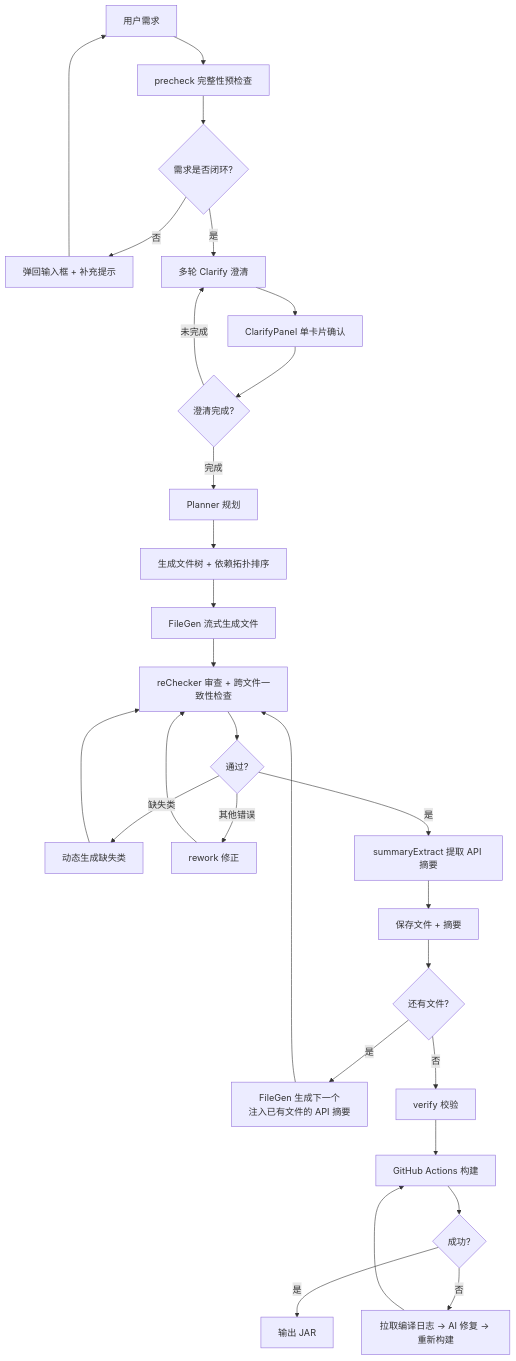
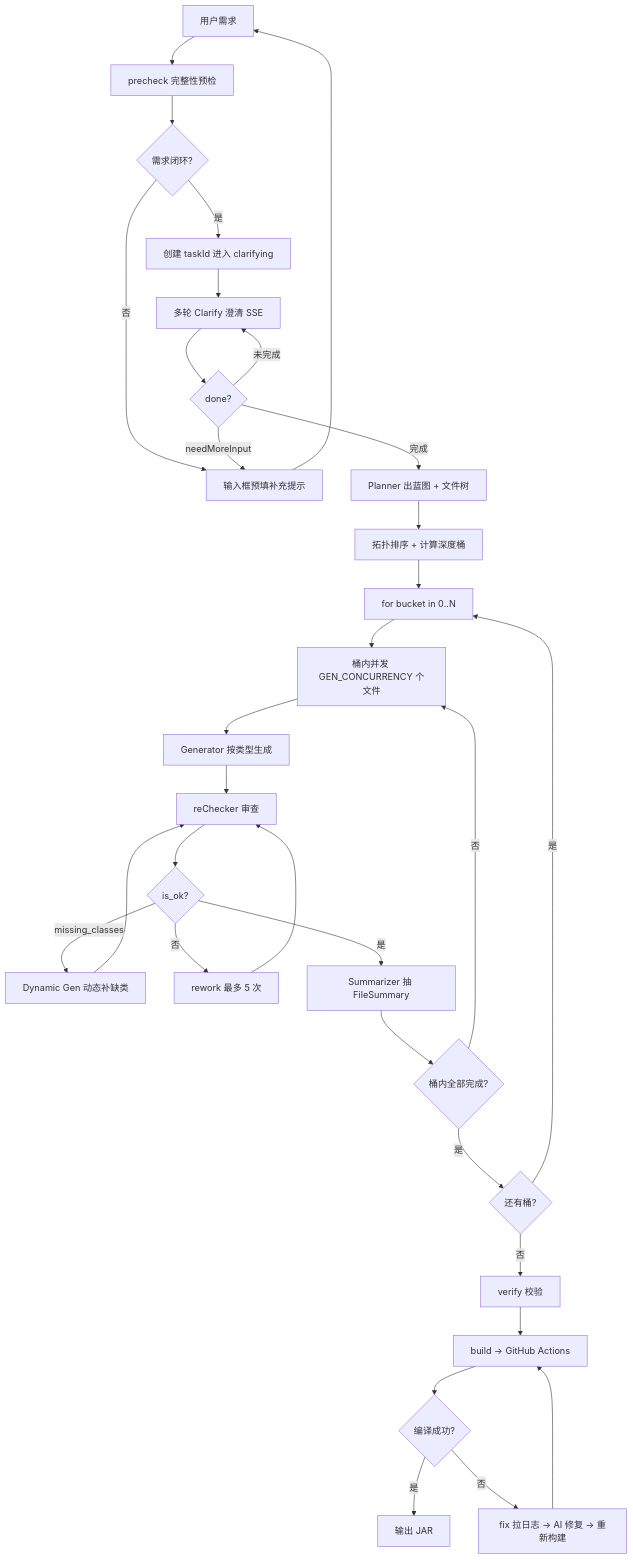
One commit to superwfox/minecraft-dev changed the first of 4 diagrams in docs/features/ai-workflow.md. Above: the diagram before and after it, drawn with Mermaid. The commit also changed other lines of this file and 19 other files, not shown here.

````diff
--- a/docs/features/ai-workflow.md
+++ b/docs/features/ai-workflow.md
@@ -7,31 +31,34 @@
 ```mermaid
 graph TB
-    A[用户需求] --> A1[precheck 完整性预检查]
-    A1 --> A2{需求是否闭环?}
-    A2 -->|否| A3[弹回输入框 + 补充提示]
+    A[用户需求] --> A1[precheck 完整性预检]
+    A1 --> A2{需求闭环?}
+    A2 -->|否| A3[输入框预填补充提示]
     A3 --> A
-    A2 -->|是| A4[多轮 Clarify 澄清]
-    A4 --> A5[ClarifyPanel 单卡片确认]
-    A5 --> A6{澄清完成?}
-    A6 -->|未完成| A4
-    A6 -->|完成| B[Planner 规划]
-    B --> C[生成文件树 + 依赖拓扑排序]
-    C --> D[FileGen 流式生成文件]
-    D --> E[reChecker 审查 + 跨文件一致性检查]
-    E --> F{通过?}
-    F -->|缺失类| G2[动态生成缺失类]
+    A2 -->|是| A4[创建 taskId 进入 clarifying]
+    A4 --> A5[多轮 Clarify 澄清 SSE]
+    A5 --> A6{done?}
+    A6 -->|未完成| A5
+    A6 -->|needMoreInput| A3
+    A6 -->|完成| B[Planner 出蓝图 + 文件树]
+    B --> B1[拓扑排序 + 计算深度桶]
+    B1 --> C[for bucket in 0..N]
+    C --> C1[桶内并发 GEN_CONCURRENCY 个文件]
+    C1 --> D[Generator 按类型生成]
+    D --> E[reChecker 审查]
+    E --> F{is_ok?}
+    F -->|missing_classes| G2[Dynamic Gen 动态补缺类]
     G2 --> E
-    F -->|其他错误| G[rework 修正]
+    F -->|否| G[rework 最多 5 次]
     G --> E
-    F -->|是| H[summaryExtract 提取 API 摘要]
-    H --> I[保存文件 + 摘要]
-    I --> J{还有文件?}
-    J -->|是| K[FileGen 生成下一个<br/>注入已有文件的 API 摘要]
-    K --> E
+    F -->|是| H[Summarizer 抽 FileSummary]
+    H --> I{桶内全部完成?}
+    I -->|否| C1
+    I -->|是| J{还有桶?}
+    J -->|是| C
     J -->|否| L[verify 校验]
-    L --> M[GitHub Actions 构建]
-    M --> P{成功?}
+    L --> M[build → GitHub Actions]
+    M --> P{编译成功?}
     P -->|是| N[输出 JAR]
-    P -->|否| Q[拉取编译日志 → AI 修复 → 重新构建]
+    P -->|否| Q[fix 拉日志 → AI 修复 → 重新构建]
     Q --> M
 ```
````
